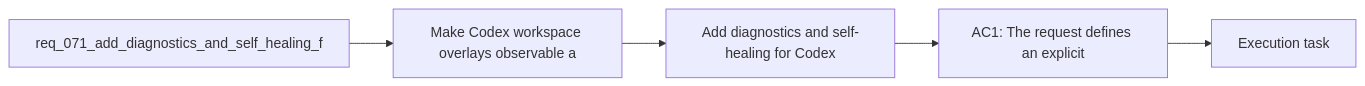
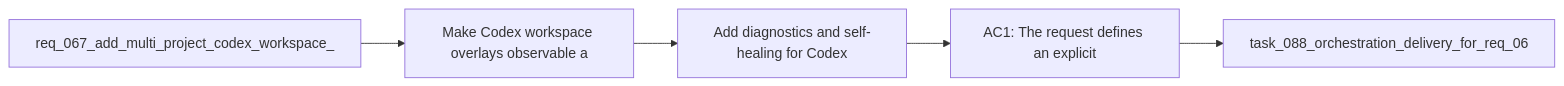
Before and after one commit to AlexAgo83/logics-manager: the diagram in logics/backlog/item_094_add_diagnostics_and_self_healing_for_codex_workspace_overlays.md, drawn with Mermaid. The commit also changed other lines of this file and 481 other files, not shown here.

````diff
--- a/logics/backlog/item_094_add_diagnostics_and_self_healing_for_codex_workspace_overlays.md
+++ b/logics/backlog/item_094_add_diagnostics_and_self_healing_for_codex_workspace_overlays.md
@@ -22,9 +22,9 @@
 ```mermaid
 %% logics-kind: backlog
 %% logics-signature: backlog|add-diagnostics-and-self-healing-for-cod|req-067-add-multi-project-codex-workspac|make-codex-workspace-overlays-observable|ac1-the-request-defines-an-explicit
 flowchart LR
-    Request[req_071_add_diagnostics_and_self_healing_f] --> Problem[Make Codex workspace overlays observable a]
+    Request[req_067_add_multi_project_codex_workspace_] --> Problem[Make Codex workspace overlays observable a]
     Problem --> Scope[Add diagnostics and self-healing for Codex]
     Scope --> Acceptance[AC1: The request defines an explicit]
-    Acceptance --> Tasks[Execution task]
+    Acceptance --> Tasks[task_088_orchestration_delivery_for_req_06]
 ```
````
